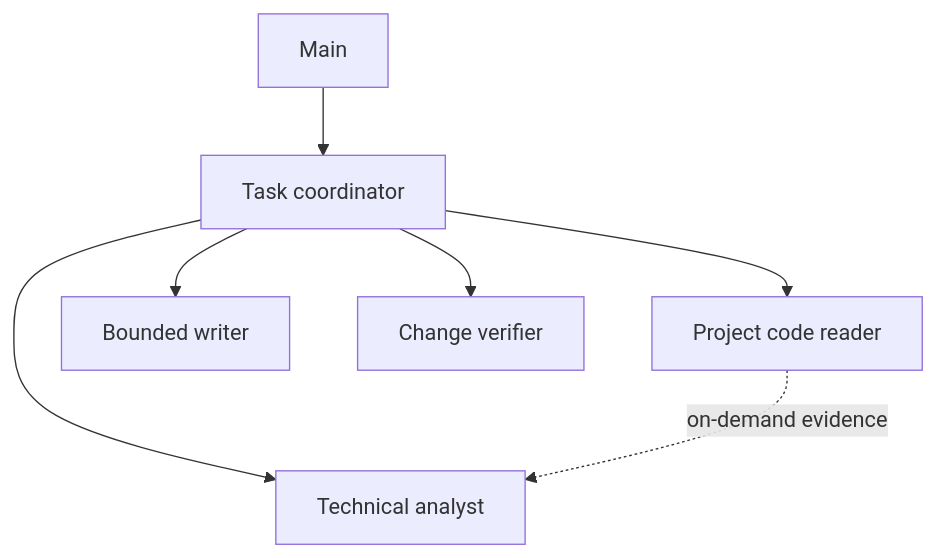
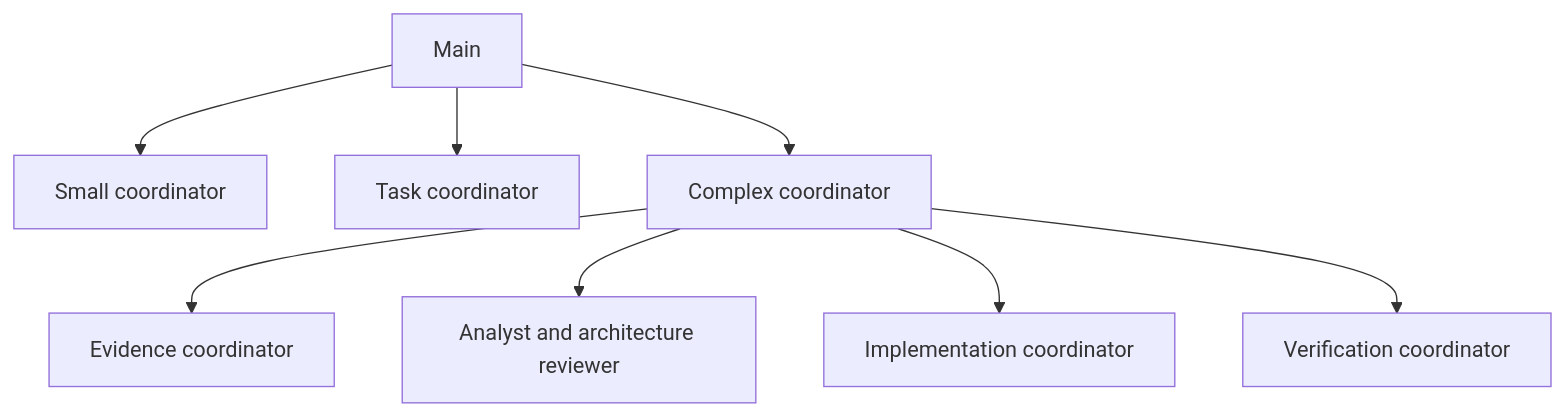
Before and after one commit to kleksar/pi-web: the diagram in orchestration/README.md, drawn with Mermaid. The commit also changed other lines of this file and 49 other files, not shown here.

````diff
--- a/orchestration/README.md
+++ b/orchestration/README.md
@@ -25,9 +42,10 @@
 ```mermaid
 flowchart TD
-  Main --> Coordinator["Task coordinator"]
-  Coordinator --> Reader["Project code reader"]
-  Coordinator --> Analyst["Technical analyst"]
-  Coordinator --> Writer["Bounded writer"]
-  Coordinator --> Verifier["Change verifier"]
-  Reader -. "on-demand evidence" .-> Analyst
+  Main --> Small["Small coordinator"]
+  Main --> Task["Task coordinator"]
+  Main --> Complex["Complex coordinator"]
+  Complex --> Evidence["Evidence coordinator"]
+  Complex --> Analysis["Analyst and architecture reviewer"]
+  Complex --> Implement["Implementation coordinator"]
+  Complex --> Verify["Verification coordinator"]
 ```
````
